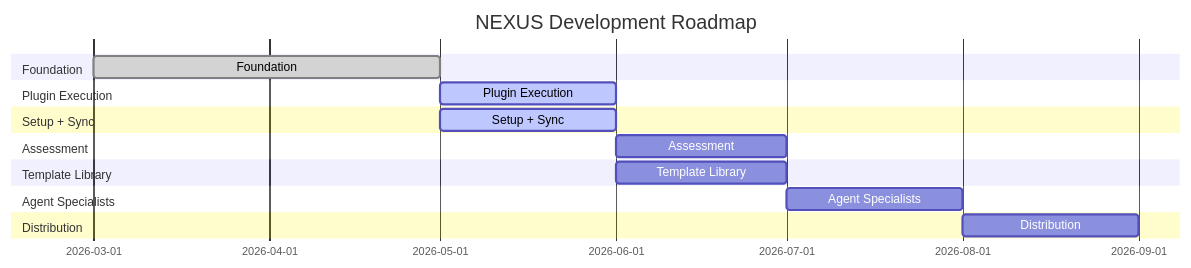
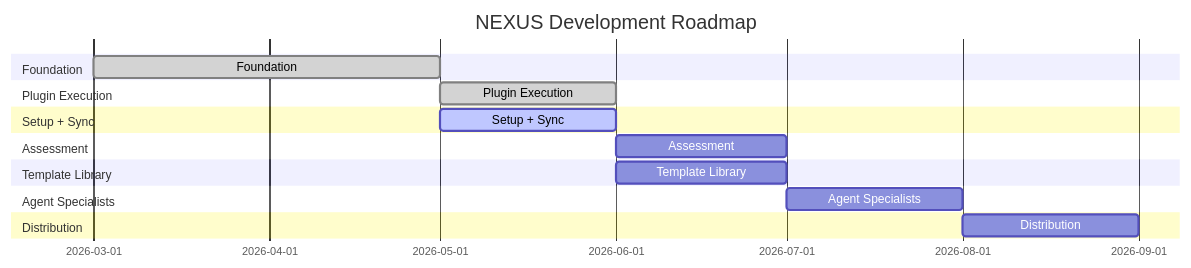
One commit to pierregrothe/nexus-sn changed the second of 3 diagrams in README.md. Above: the diagram before and after it, drawn with Mermaid. The commit also changed other lines of this file and 1 other file, not shown here.

First line of the commit message:
docs(readme): extend plugin management diagram with execution lifecycle

````diff
--- a/README.md
+++ b/README.md
@@ -92,19 +92,19 @@
 ```mermaid
 gantt
     title NEXUS Development Roadmap
     dateFormat YYYY-MM
     section Foundation
         Foundation                   :done, 2026-03, 2026-05
     section Plugin Execution
-        Plugin Execution             :active, 2026-05, 2026-06
+        Plugin Execution             :done, 2026-05, 2026-06
     section Setup + Sync
         Setup + Sync                 :active, 2026-05, 2026-06
     section Assessment
         Assessment                   : 2026-06, 2026-07
     section Template Library
         Template Library             : 2026-06, 2026-07
     section Agent Specialists
         Agent Specialists            : 2026-07, 2026-08
     section Distribution
         Distribution                 : 2026-08, 2026-09
 ```
````
